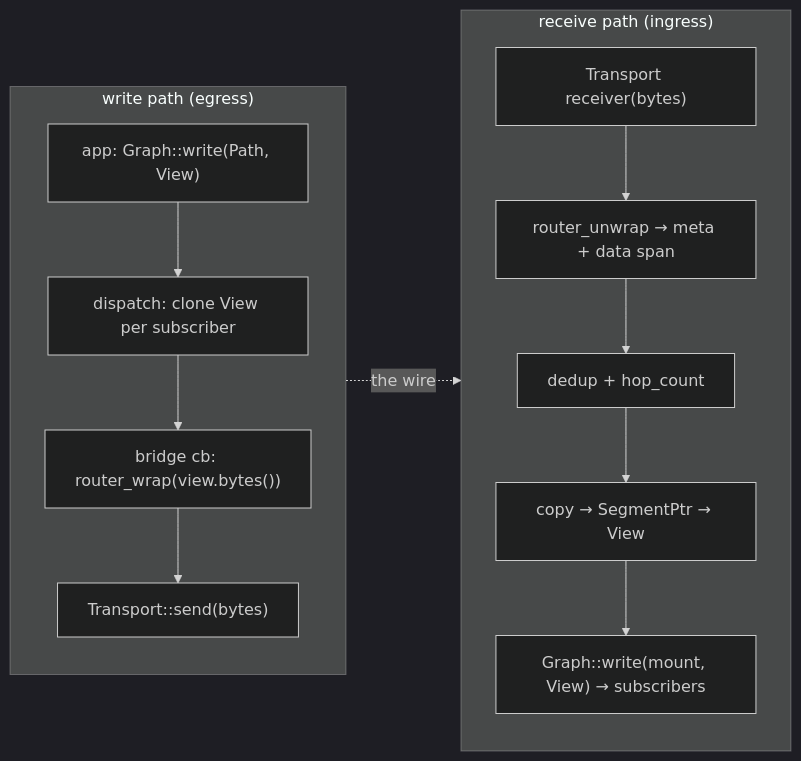
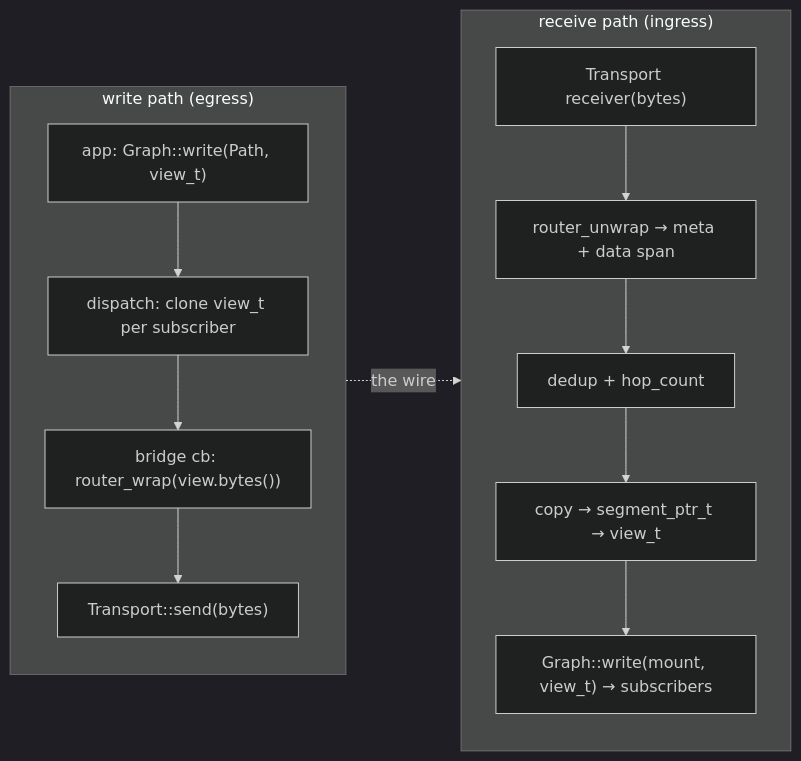
One commit to avatarsd-llc/libtracer changed the second of 2 diagrams in docs/modules/interface-map.md. Above: the diagram before and after it, drawn with Mermaid (dark theme). The commit also changed other lines of this file and 9 other files, not shown here.

````diff
--- a/docs/modules/interface-map.md
+++ b/docs/modules/interface-map.md
@@ -50,17 +50,17 @@
 ```{mermaid}
 flowchart LR
     subgraph egress["write path (egress)"]
         direction TB
-        W1["app: Graph::write(Path, View)"] --> W2["dispatch: clone View per subscriber"]
+        W1["app: Graph::write(Path, view_t)"] --> W2["dispatch: clone view_t per subscriber"]
         W2 --> W3["bridge cb: router_wrap(view.bytes())"]
         W3 --> W4["Transport::send(bytes)"]
     end
     subgraph ingress["receive path (ingress)"]
         direction TB
         R1["Transport receiver(bytes)"] --> R2["router_unwrap → meta + data span"]
         R2 --> R3["dedup + hop_count"]
-        R3 --> R4["copy → SegmentPtr → View"]
-        R4 --> R5["Graph::write(mount, View) → subscribers"]
+        R3 --> R4["copy → segment_ptr_t → view_t"]
+        R4 --> R5["Graph::write(mount, view_t) → subscribers"]
     end
     egress -. "the wire" .-> ingress
 ```
````
